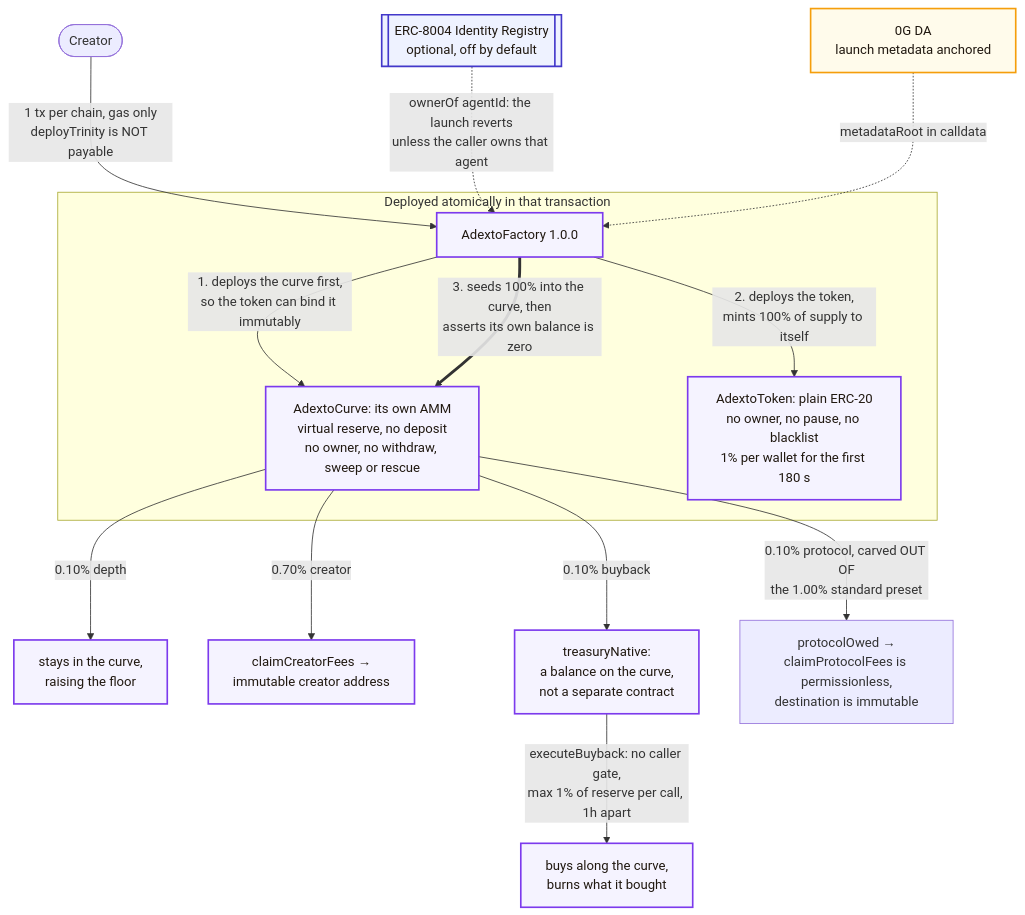
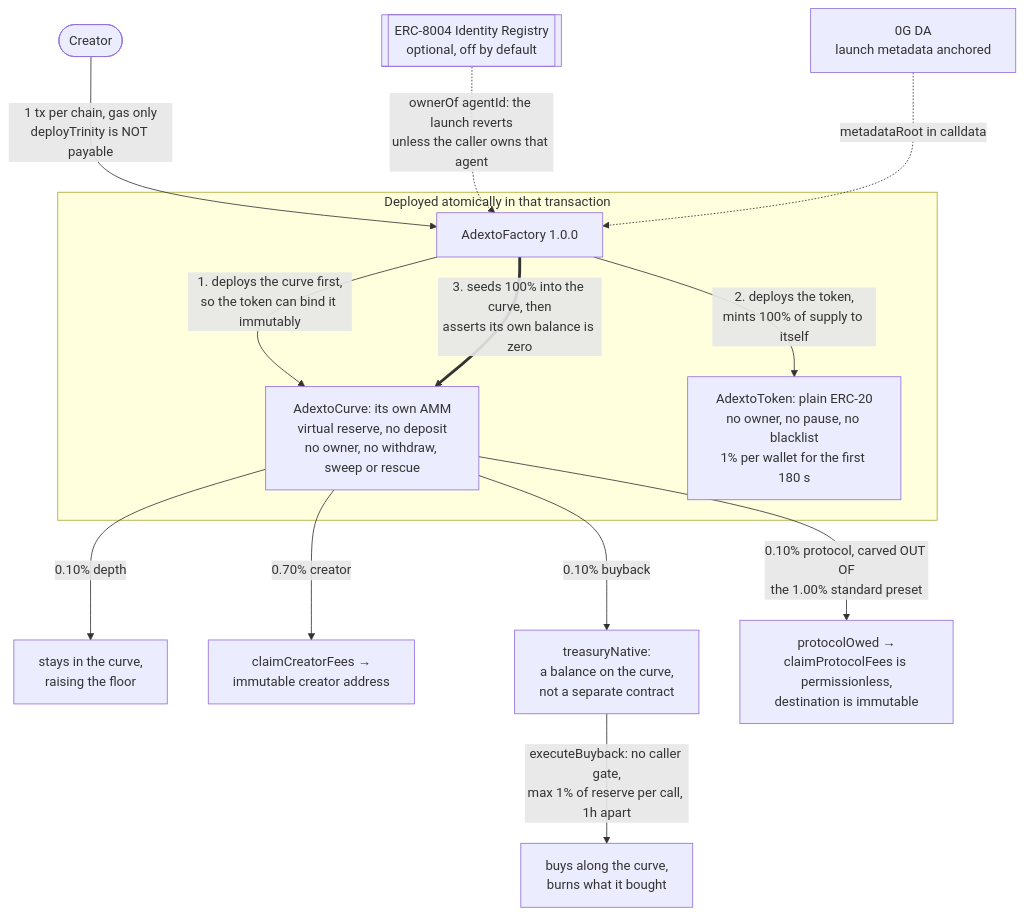
The diagram in README.md (0xcuy/adexto), drawn with Mermaid before and after one commit. The commit also changed other lines of this file and 14 other files, not shown here.

First line of the commit message:
Give the README theme-aware diagrams and a modern layout

````diff
--- a/README.md
+++ b/README.md
@@ -224,27 +300,20 @@
 ```mermaid
 graph TD
     Creator([Creator]) -->|1 tx per chain, gas only<br/>deployTrinity is NOT payable| Factory[AdextoFactory 1.0.0]
 
     Registry[[ERC-8004 Identity Registry<br/>optional, off by default]] -.->|ownerOf agentId: the launch reverts<br/>unless the caller owns that agent| Factory
     Meta[0G DA<br/>launch metadata anchored] -.->|metadataRoot in calldata| Factory
 
     subgraph "Deployed atomically in that transaction"
         Factory -->|1. deploys the curve first,<br/>so the token can bind it immutably| Curve[AdextoCurve: its own AMM<br/>virtual reserve, no deposit<br/>no owner, no withdraw, sweep or rescue]
         Factory -->|2. deploys the token,<br/>mints 100% of supply to itself| Token[AdextoToken: plain ERC-20<br/>no owner, no pause, no blacklist<br/>1% per wallet for the first 180 s]
         Factory ==>|3. seeds 100% into the curve, then<br/>asserts its own balance is zero| Curve
     end
 
     Curve -->|0.10% depth| Depth[stays in the curve,<br/>raising the floor]
     Curve -->|0.70% creator| CreatorFee[claimCreatorFees →<br/>immutable creator address]
     Curve -->|0.10% buyback| Vault[treasuryNative:<br/>a balance on the curve,<br/>not a separate contract]
     Curve -->|0.10% protocol, carved OUT OF<br/>the 1.00% standard preset| Protocol[protocolOwed →<br/>claimProtocolFees is permissionless,<br/>destination is immutable]
 
     Vault -->|executeBuyback: no caller gate,<br/>max 1% of reserve per call, 1h apart| Burn[buys along the curve,<br/>burns what it bought]
-
-    classDef live fill:#f5f3ff,stroke:#7c3aed,stroke-width:2px,color:#201810;
-    classDef partial fill:#fffbeb,stroke:#f59e0b,stroke-width:2px,color:#201810;
-    classDef ext fill:#eef2ff,stroke:#4338ca,stroke-width:2px,color:#201810;
-    class Factory,Token,Curve,Depth,CreatorFee,Vault,Burn live;
-    class Meta partial;
-    class Registry ext;
 ```
````
